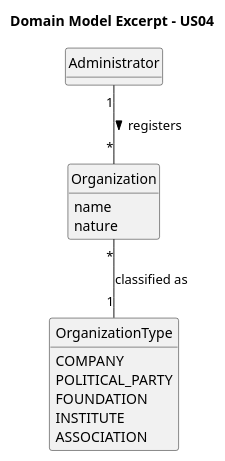
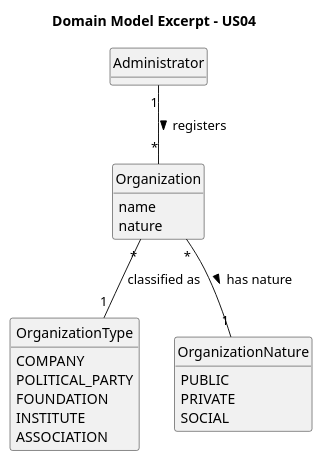
The diagram in docs/system-documentation/US04/02.analysis/puml/US04-DM.puml (brunodspinto/crystal-clear-platform), drawn with PlantUML before and after one commit. The commit also changed 11 other files, not shown here.

```diff
--- a/docs/system-documentation/US04/02.analysis/puml/US04-DM.puml
+++ b/docs/system-documentation/US04/02.analysis/puml/US04-DM.puml
@@ -1,32 +1,39 @@
 @startuml
 skinparam monochrome true
 skinparam packageStyle rectangle
 skinparam shadowing false
 skinparam classAttributeIconSize 0
 
 hide circle
 hide methods
 
 title Domain Model Excerpt - US04
 
 class Administrator {
 }
 
 class Organization {
     name
     nature
 }
 
 enum OrganizationType {
     COMPANY
     POLITICAL_PARTY
     FOUNDATION
     INSTITUTE
     ASSOCIATION
 }
 
+enum OrganizationNature {
+    PUBLIC
+    PRIVATE
+    SOCIAL
+}
+
 Administrator "1" -- "*" Organization : registers >
 
 Organization "*" -- "1" OrganizationType : classified as
+Organization "*" -- "1" OrganizationNature : has nature >
 
 @enduml
```
